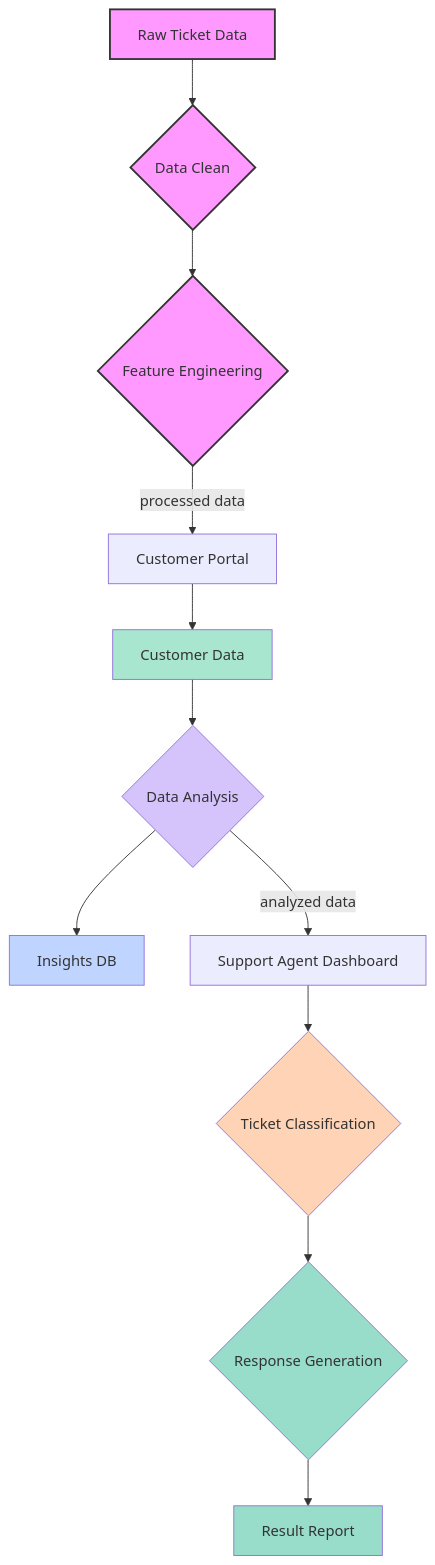
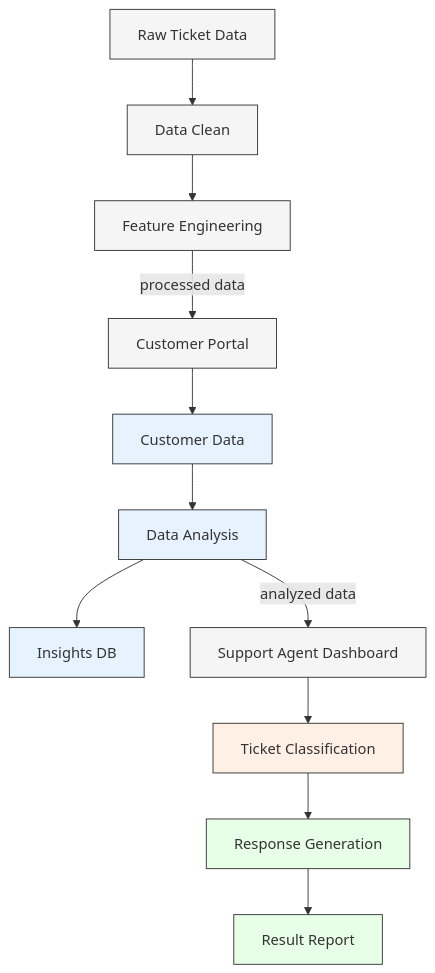
Before and after one commit to brentsWorks/support-copilot: the diagram in README.md, drawn with Mermaid.

Commit message:
Visible improvements to mermaid diagram in README

````diff
--- a/README.md
+++ b/README.md
@@ -25,34 +25,38 @@
 ```mermaid
 graph TB
     %% Company Data Ingestion Pipeline
-    A[Raw Ticket Data] --> B{Data Clean}
-    B --> C{Feature Engineering}
+    A[Raw Ticket Data] --> B[Data Clean]
+    B --> C[Feature Engineering]
     
     %% Add spacing
     C --> |processed data| D
     
     %% Customer Support Pipeline
     D[Customer Portal] --> E[Customer Data]
-    E --> F{Data Analysis}
+    E --> F[Data Analysis]
     F --> G[Insights DB]
     
     %% Add spacing
     F --> |analyzed data| H
     
     %% Team Pipeline
-    H[Support Agent Dashboard] --> I{Ticket Classification}
-    I --> J{Response Generation}
+    H[Support Agent Dashboard] --> I[Ticket Classification]
+    I --> J[Response Generation]
     J --> K[Result Report]
 
-    %% Styling
-    style E fill:#a8e6cf
-    style I fill:#ffd3b6
-    style J fill:#98ddca
-    style K fill:#98ddca
-    style G fill:#bfd4fe
-    style F fill:#d4c4fb
-    
-    %% Labels
-    classDef pipeline fill:#f9f,stroke:#333,stroke-width:2px
-    class A,B,C pipeline
+    %% Styling with lighter, more readable colors
+    style A fill:#f5f5f5,stroke:#333
+    style B fill:#f5f5f5,stroke:#333
+    style C fill:#f5f5f5,stroke:#333
+    style D fill:#f5f5f5,stroke:#333
+    style E fill:#e6f3ff,stroke:#333
+    style F fill:#e6f3ff,stroke:#333
+    style G fill:#e6f3ff,stroke:#333
+    style H fill:#f5f5f5,stroke:#333
+    style I fill:#fff0e6,stroke:#333
+    style J fill:#e6ffe6,stroke:#333
+    style K fill:#e6ffe6,stroke:#333
+
+    %% Use rectangles instead of diamonds for better readability
+    classDef default fill:#f5f5f5,stroke:#333,stroke-width:1px
 ```
````
